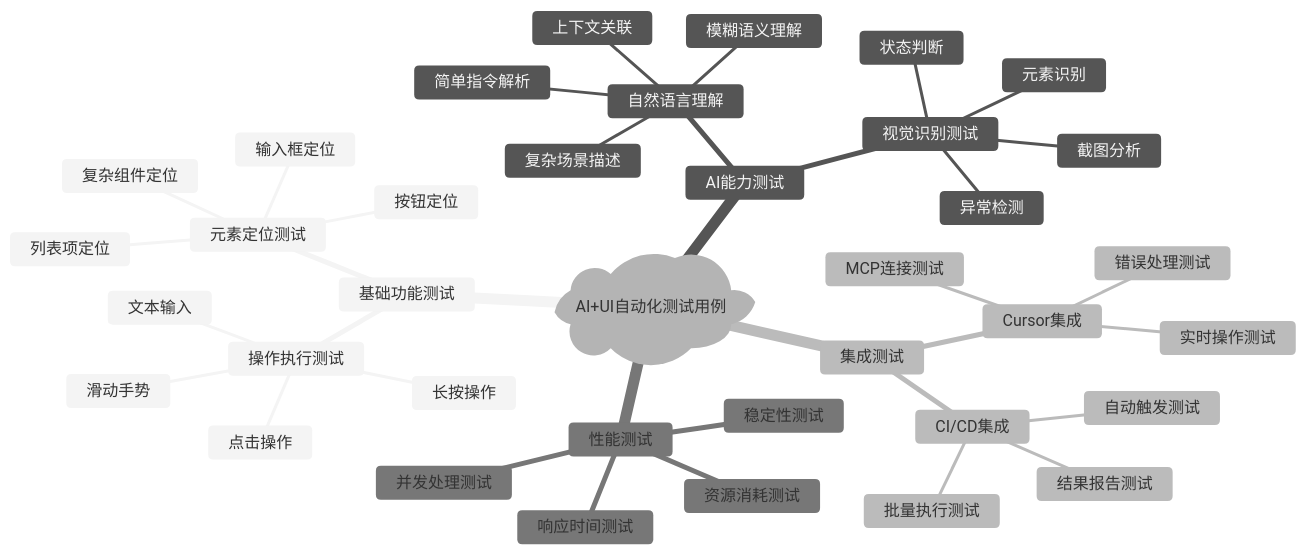
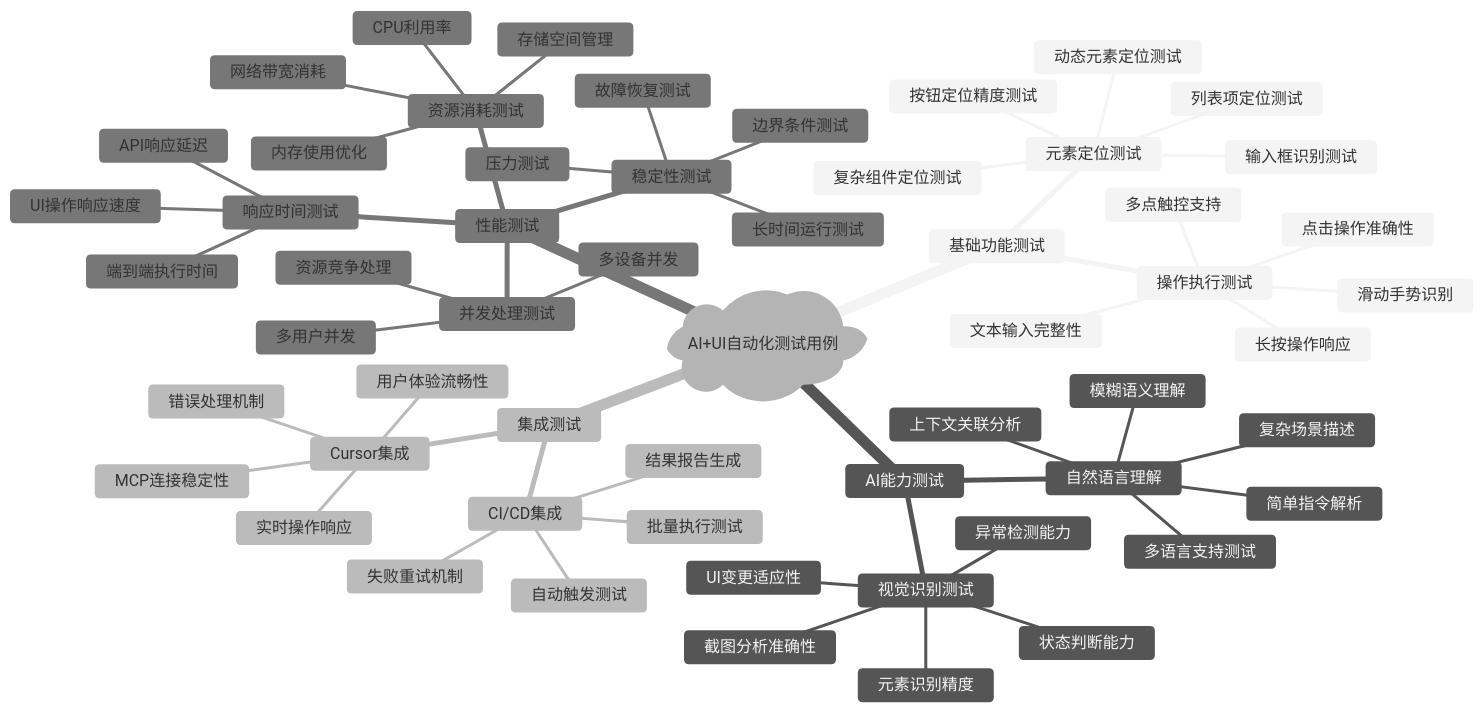
One commit to zhuozp/AI-UI- changed diagram 23 of 30 in Tech.md. Above: the diagram before and after it, drawn with Mermaid (neutral theme). The commit also changed other lines of this file, not shown here.

````diff
--- a/Tech.md
+++ b/Tech.md
@@ -808,40 +2414,60 @@
 ```mermaid
 mindmap
   root)AI+UI自动化测试用例(
     基础功能测试
       元素定位测试
-        按钮定位
-        输入框定位
-        列表项定位
-        复杂组件定位
+        按钮定位精度测试
+        输入框识别测试
+        列表项定位测试
+        复杂组件定位测试
+        动态元素定位测试
       操作执行测试
-        点击操作
-        文本输入
-        滑动手势
-        长按操作
+        点击操作准确性
+        文本输入完整性
+        滑动手势识别
+        长按操作响应
+        多点触控支持
     AI能力测试
       自然语言理解
         简单指令解析
         复杂场景描述
         模糊语义理解
-        上下文关联
+        上下文关联分析
+        多语言支持测试
       视觉识别测试
-        截图分析
-        元素识别
-        状态判断
-        异常检测
+        截图分析准确性
+        元素识别精度
+        状态判断能力
+        异常检测能力
+        UI变更适应性
     集成测试
       Cursor集成
-        MCP连接测试
-        实时操作测试
-        错误处理测试
+        MCP连接稳定性
+        实时操作响应
+        错误处理机制
+        用户体验流畅性
       CI/CD集成
         自动触发测试
         批量执行测试
-        结果报告测试
+        结果报告生成
+        失败重试机制
     性能测试
       响应时间测试
+        API响应延迟
+        UI操作响应速度
+        端到端执行时间
       并发处理测试
+        多用户并发
+        多设备并发
+        资源竞争处理
       资源消耗测试
+        内存使用优化
+        CPU利用率
+        网络带宽消耗
+        存储空间管理
       稳定性测试
+        长时间运行测试
+        压力测试
+        边界条件测试
+        故障恢复测试
 ```
````
